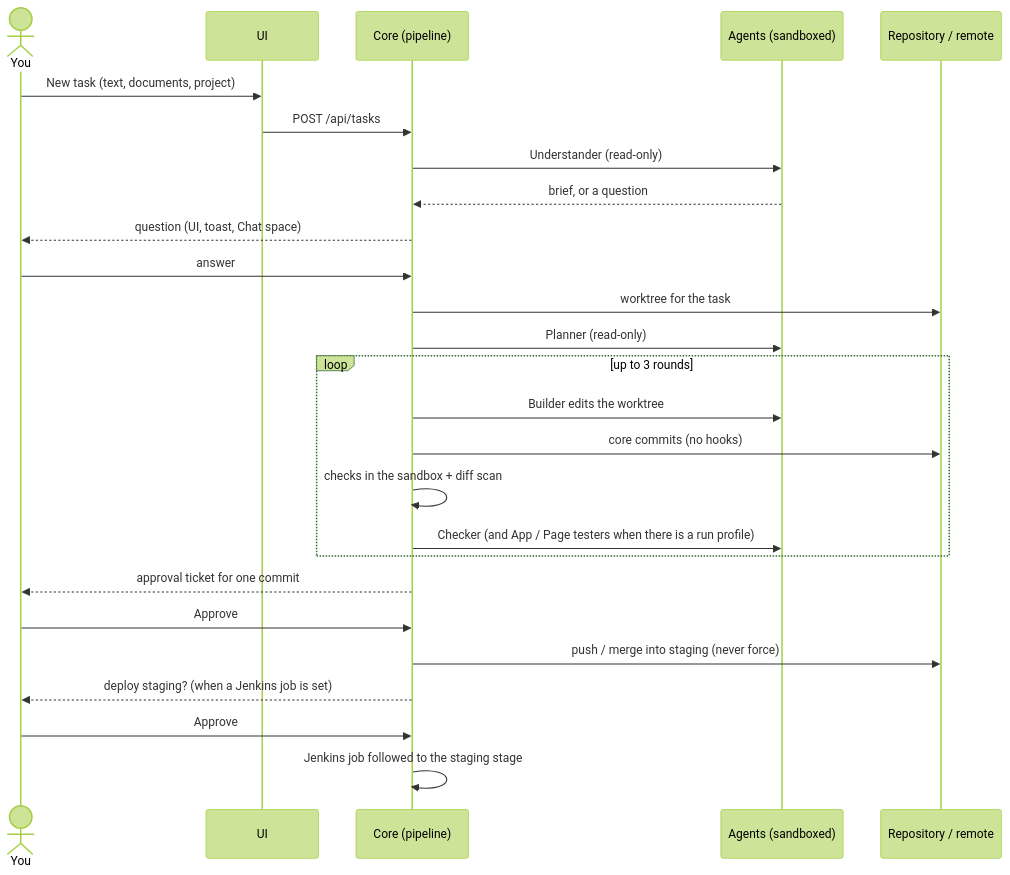
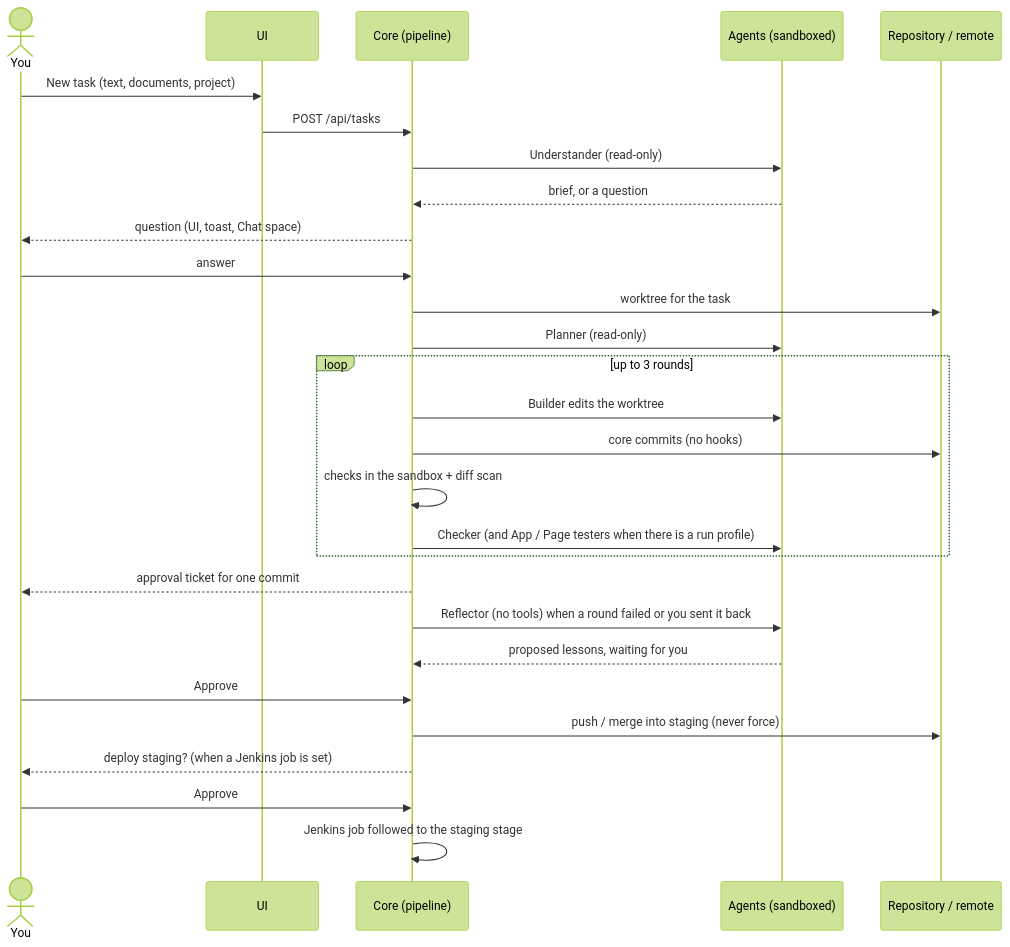
Before and after one commit to MONU8OO8/fryday-code: the second of 2 diagrams in docs/architecture.md, drawn with Mermaid (forest theme). The commit also changed other lines of this file and 95 other files, not shown here.

First line of the commit message:
feat: v2 board SDLC (board, initiatives, scheduler, run lanes, service graph, lessons)

````diff
--- a/docs/architecture.md
+++ b/docs/architecture.md
@@ -73,29 +89,31 @@
 ```mermaid
 sequenceDiagram
   actor You
   participant UI
   participant Core as Core (pipeline)
   participant Agents as Agents (sandboxed)
   participant Git as Repository / remote
 
   You->>UI: New task (text, documents, project)
   UI->>Core: POST /api/tasks
   Core->>Agents: Understander (read-only)
   Agents-->>Core: brief, or a question
   Core-->>You: question (UI, toast, Chat space)
   You->>Core: answer
   Core->>Git: worktree for the task
   Core->>Agents: Planner (read-only)
   loop up to 3 rounds
     Core->>Agents: Builder edits the worktree
     Core->>Git: core commits (no hooks)
     Core->>Core: checks in the sandbox + diff scan
     Core->>Agents: Checker (and App / Page testers when there is a run profile)
   end
   Core-->>You: approval ticket for one commit
+  Core->>Agents: Reflector (no tools) when a round failed or you sent it back
+  Agents-->>Core: proposed lessons, waiting for you
   You->>Core: Approve
   Core->>Git: push / merge into staging (never force)
   Core-->>You: deploy staging? (when a Jenkins job is set)
   You->>Core: Approve
   Core->>Core: Jenkins job followed to the staging stage
 ```
````
